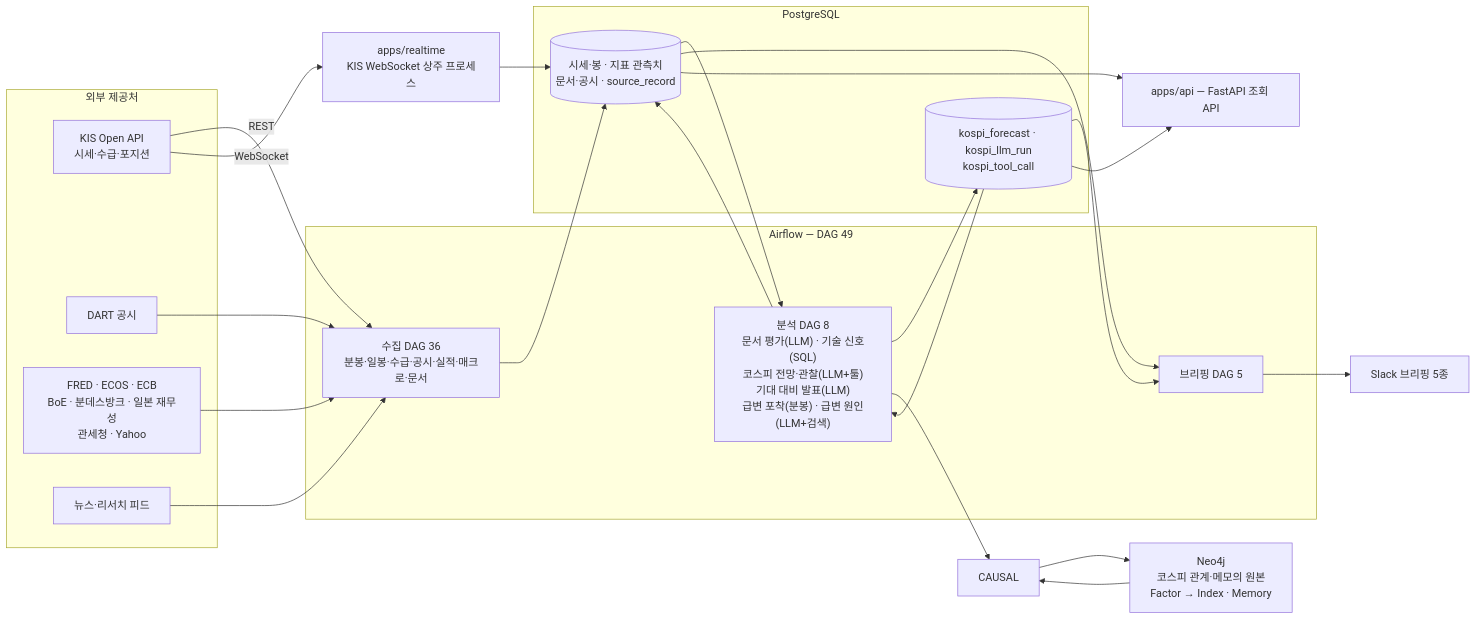
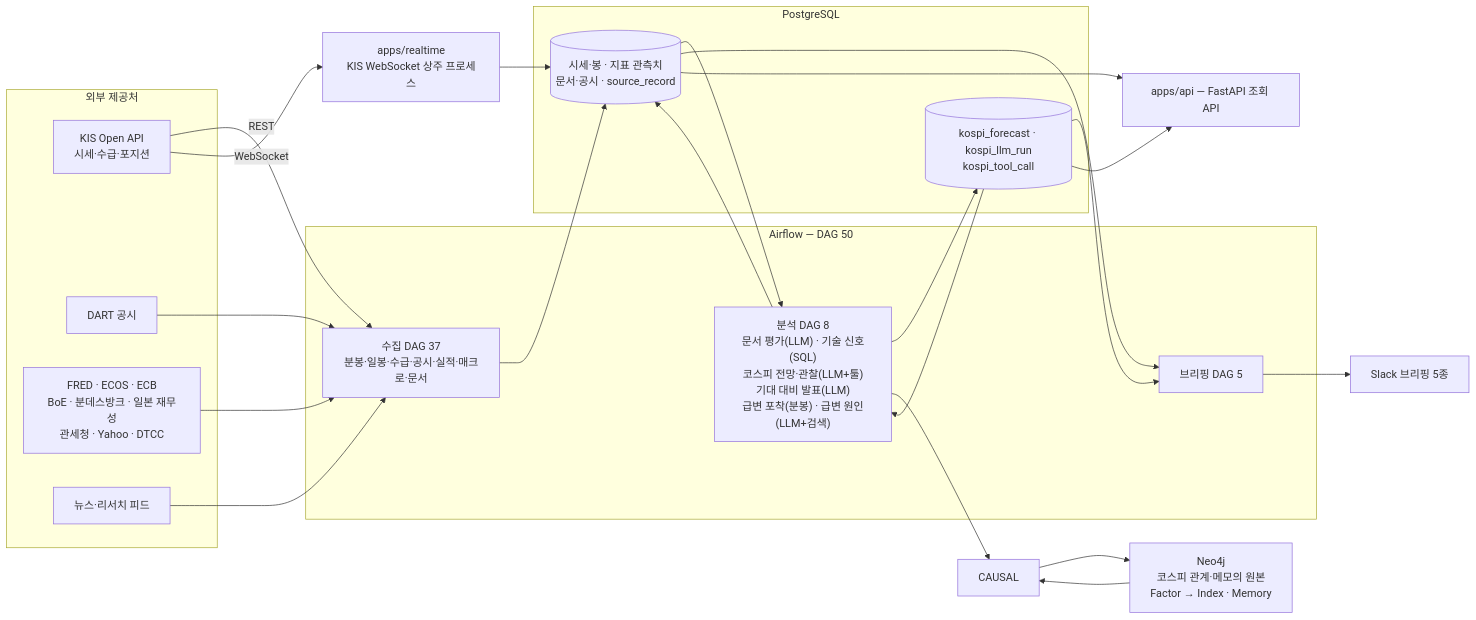
One commit to 6691a/finance changed the diagram in README.md. Above: the diagram before and after it, drawn with Mermaid. The commit also changed other lines of this file and 11 other files, not shown here.

````diff
--- a/README.md
+++ b/README.md
@@ -29,49 +29,49 @@
 ```mermaid
 flowchart LR
     subgraph EXT["외부 제공처"]
         KIS["KIS Open API<br/>시세·수급·포지션"]
         DART["DART 공시"]
-        MACRO["FRED · ECOS · ECB<br/>BoE · 분데스방크 · 일본 재무성<br/>관세청 · Yahoo"]
+        MACRO["FRED · ECOS · ECB<br/>BoE · 분데스방크 · 일본 재무성<br/>관세청 · Yahoo · DTCC"]
         FEED["뉴스·리서치 피드"]
     end
 
-    subgraph AF["Airflow — DAG 49"]
-        COL["수집 DAG 36<br/>분봉·일봉·수급·공시·실적·매크로·문서"]
+    subgraph AF["Airflow — DAG 50"]
+        COL["수집 DAG 37<br/>분봉·일봉·수급·공시·실적·매크로·문서"]
         ANA["분석 DAG 8<br/>문서 평가(LLM) · 기술 신호(SQL)<br/>코스피 전망·관찰(LLM+툴)<br/>기대 대비 발표(LLM)<br/>급변 포착(분봉) · 급변 원인(LLM+검색)"]
         BRF["브리핑 DAG 5"]
     end
 
     RT["apps/realtime<br/>KIS WebSocket 상주 프로세스"]
 
     subgraph DB["PostgreSQL"]
         FACT[("시세·봉 · 지표 관측치<br/>문서·공시 · source_record")]
         THESIS[("kospi_forecast · kospi_llm_run<br/>kospi_tool_call")]
     end
 
     GRAPH["Neo4j<br/>코스피 관계·메모의 원본<br/>Factor → Index · Memory"]
 
     SLACK["Slack 브리핑 5종"]
     API["apps/api — FastAPI 조회 API"]
 
     KIS -->|REST| COL
     DART --> COL
     MACRO --> COL
     FEED --> COL
     KIS -->|WebSocket| RT
 
     COL --> FACT
     RT --> FACT
     FACT --> ANA
     ANA --> FACT
     ANA --> THESIS
     THESIS --> ANA
     ANA --> CAUSAL
     CAUSAL --> GRAPH
     GRAPH --> CAUSAL
 
     FACT --> BRF
     THESIS --> BRF
     BRF --> SLACK
     THESIS --> API
     FACT --> API
 ```
````
